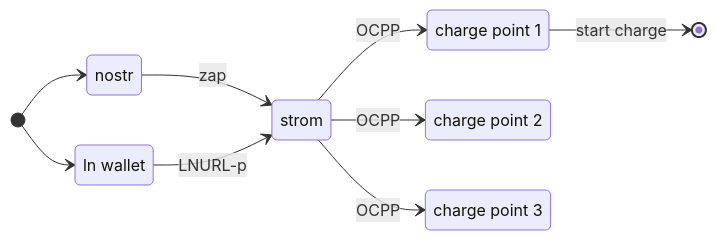
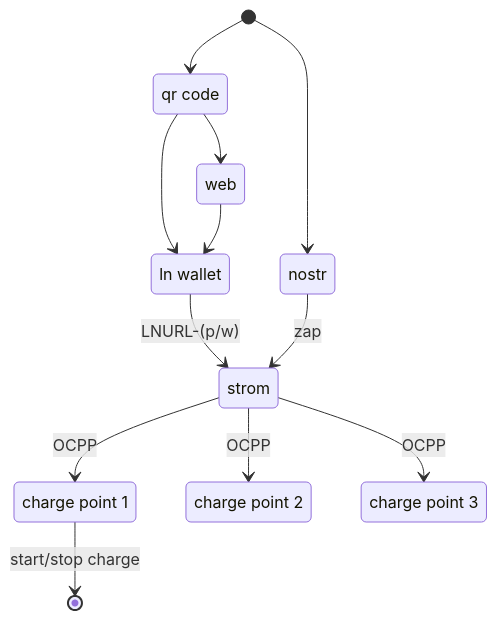
One commit to stromenergy/strom changed the diagram in README.md. Above: the diagram before and after it, drawn with Mermaid. The commit also changed other lines of this file, not shown here.

Commit message:
Describe the payment and refund process in more detail

````diff
--- a/README.md
+++ b/README.md
@@ -5,18 +5,22 @@
 ```mermaid
 stateDiagram
-    direction LR
     evse1: charge point 1
     evse2: charge point 2
     evse3: charge point 3
+    qr: qr code
     wallet: ln wallet
-    
+    web: web
+
+    [*] --> qr
+    qr --> web
+    qr --> wallet
+    web --> wallet
+    wallet --> strom: LNURL-(p/w)
+
     [*] --> nostr
     nostr --> strom: zap 
     strom --> evse1: OCPP
     strom --> evse2: OCPP
     strom --> evse3: OCPP
-    evse1 --> [*]: start charge
-
-    [*] --> wallet
-    wallet --> strom: LNURL-p
+    evse1 --> [*]: start/stop charge
 ```
````
